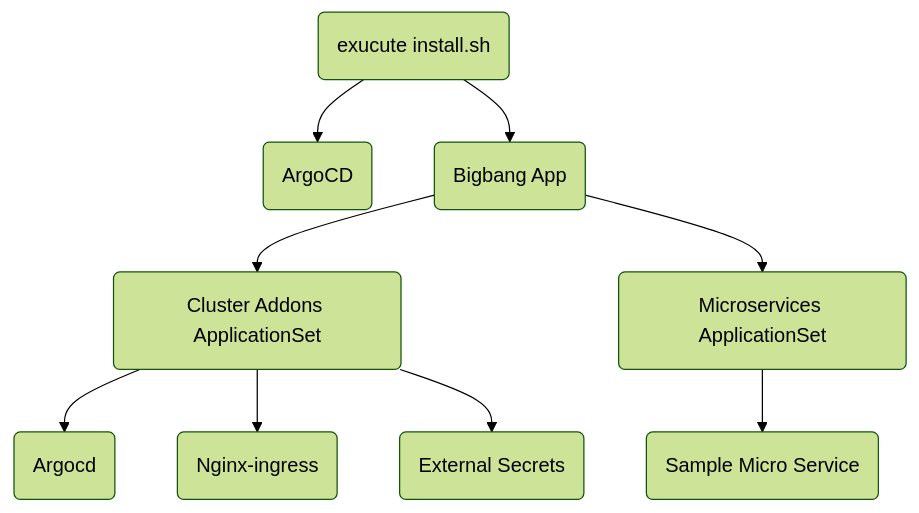
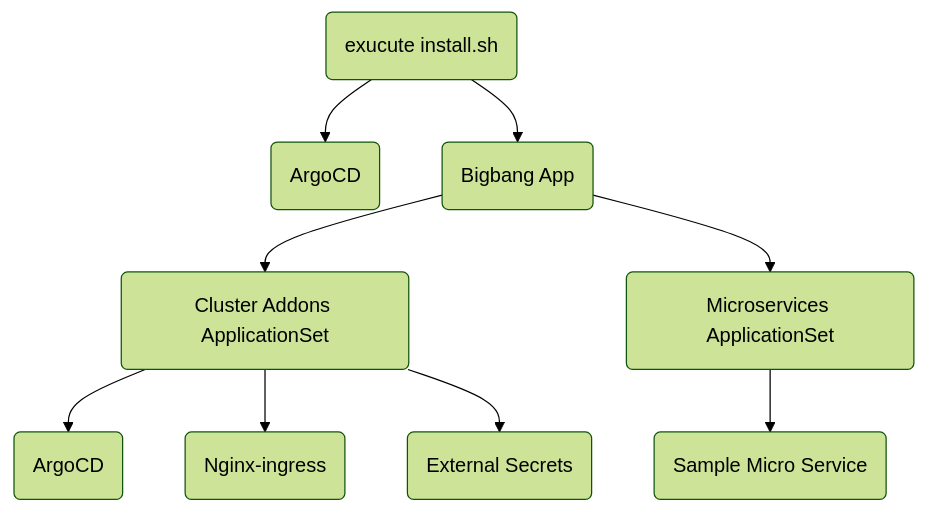
Before and after one commit to argo-universe/argo-bigbang: the diagram in README.md, drawn with Mermaid (forest theme). The commit also changed other lines of this file and 22 other files, not shown here.

````diff
--- a/README.md
+++ b/README.md
@@ -17,11 +17,11 @@
 ```mermaid
 graph TD
     A(exucute install.sh) --> B(ArgoCD)
     A--> BB(Bigbang App)
     BB --> CA(Cluster Addons ApplicationSet)
     BB --> MS(Microservices ApplicationSet)
-    CA--> AC(Argocd)
+    CA--> AC(ArgoCD)
     CA--> ING(Nginx-ingress)
     CA--> ES(External Secrets)
     MS--> SA(Sample Micro Service)
 ```
````
